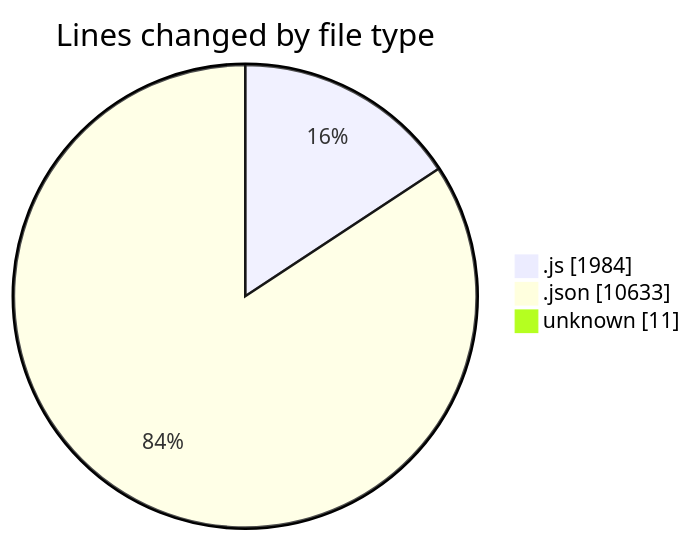
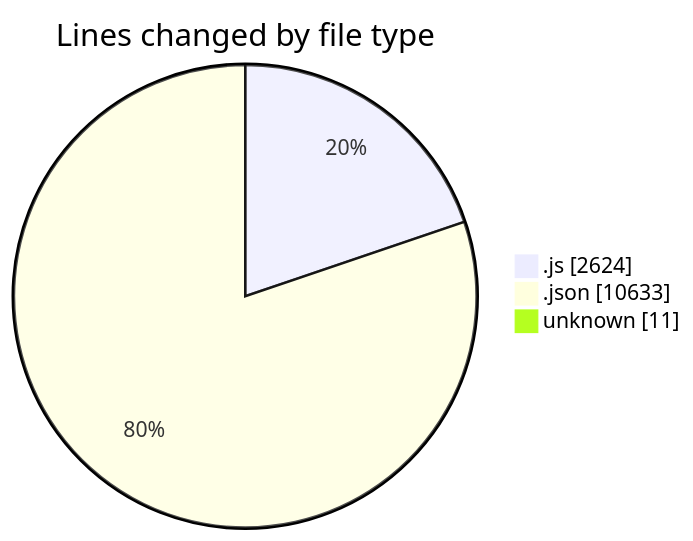
Before and after one commit to momahboobian/code-tracking: the first of 2 diagrams in 2025-01-11/good-pr/README.md, drawn with Mermaid. The commit also changed other lines of this file and 1 other file, not shown here.

````diff
--- a/2025-01-11/good-pr/README.md
+++ b/2025-01-11/good-pr/README.md
@@ -41,7 +41,7 @@
 ```mermaid
 pie showData
 title Lines changed by file type
-".js" : 1984
+".js" : 2624
 ".json" : 10633
 "unknown" : 11
 ```
````
